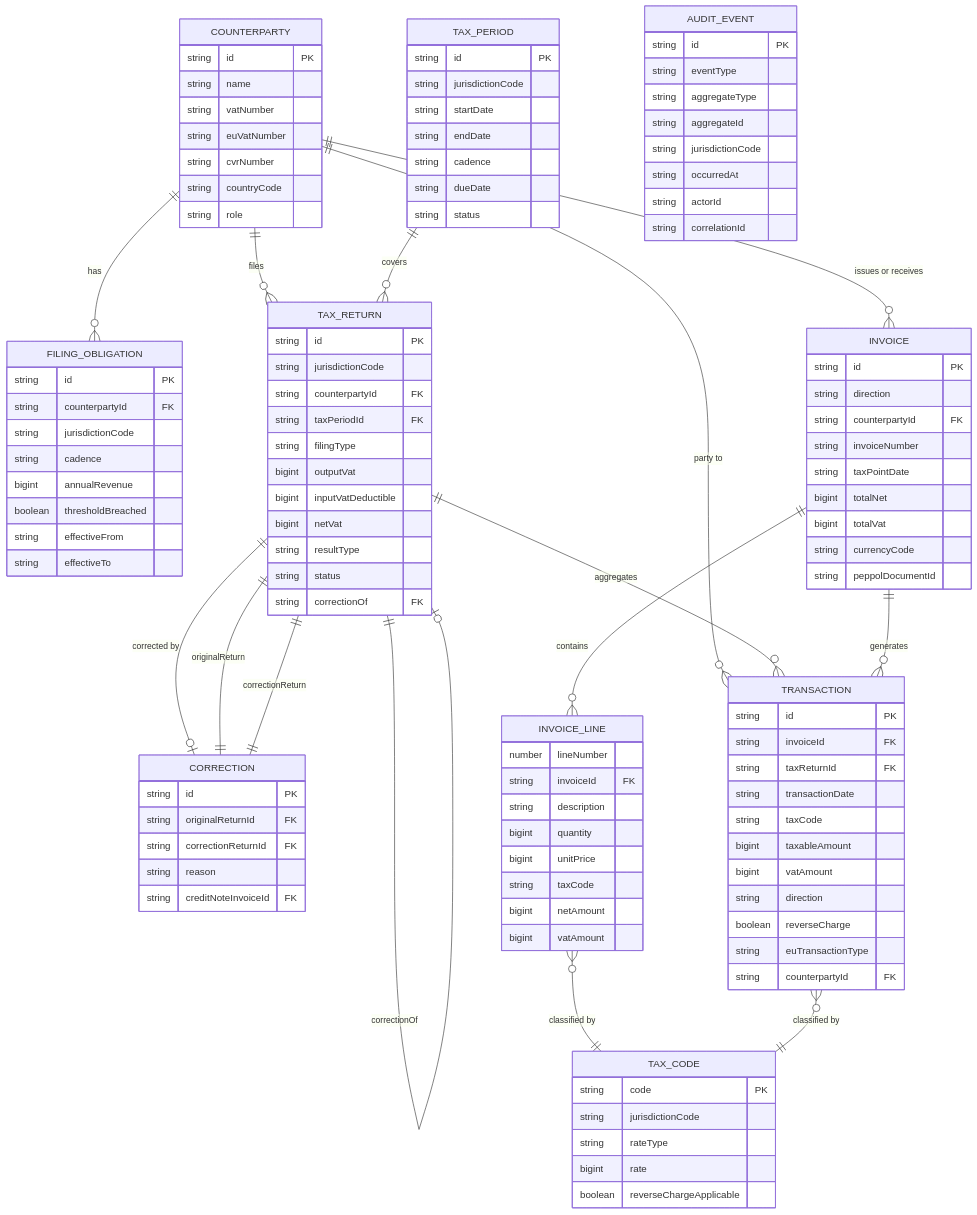
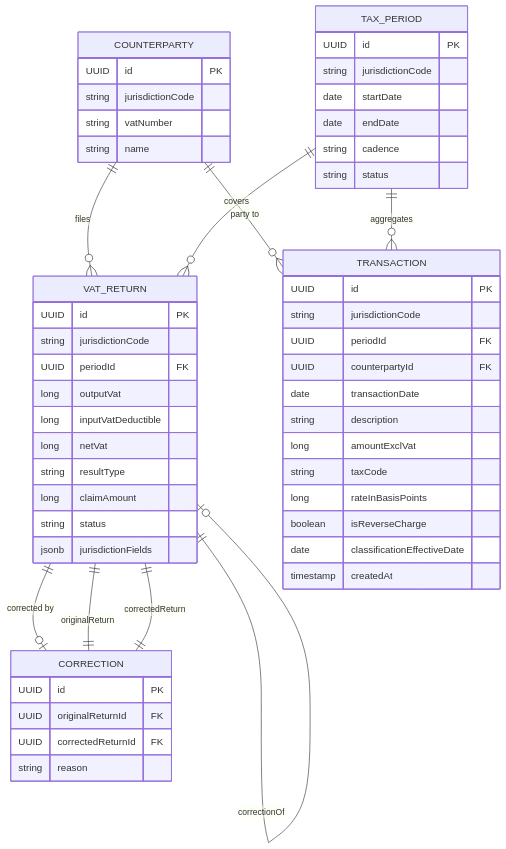
Before and after one commit to nc-mcl/vat-system: the diagram in docs/domain-model/core-entities.md, drawn with Mermaid. The commit also changed other lines of this file and 24 other files, not shown here.

Commit message:
Architecture Agent: Gradle setup, core domain Java types, DK plugin

````diff
--- a/docs/domain-model/core-entities.md
+++ b/docs/domain-model/core-entities.md
@@ -188,131 +235,65 @@
 ```mermaid
 erDiagram
     COUNTERPARTY {
-        string id PK
+        UUID id PK
+        string jurisdictionCode
+        string vatNumber
         string name
-        string vatNumber
-        string euVatNumber
-        string cvrNumber
-        string countryCode
-        string role
-    }
-
-    FILING_OBLIGATION {
-        string id PK
-        string counterpartyId FK
-        string jurisdictionCode
-        string cadence
-        bigint annualRevenue
-        boolean thresholdBreached
-        string effectiveFrom
-        string effectiveTo
     }
 
     TAX_PERIOD {
-        string id PK
+        UUID id PK
         string jurisdictionCode
-        string startDate
-        string endDate
+        date startDate
+        date endDate
         string cadence
-        string dueDate
         string status
     }
 
-    TAX_RETURN {
-        string id PK
+    VAT_RETURN {
+        UUID id PK
         string jurisdictionCode
-        string counterpartyId FK
-        string taxPeriodId FK
-        string filingType
-        bigint outputVat
-        bigint inputVatDeductible
-        bigint netVat
+        UUID periodId FK
+        long outputVat
+        long inputVatDeductible
+        long netVat
         string resultType
+        long claimAmount
         string status
-        string correctionOf FK
+        jsonb jurisdictionFields
     }
 
     CORRECTION {
-        string id PK
-        string originalReturnId FK
-        string correctionReturnId FK
+        UUID id PK
+        UUID originalReturnId FK
+        UUID correctedReturnId FK
         string reason
-        string creditNoteInvoiceId FK
-    }
-
-    INVOICE {
-        string id PK
-        string direction
-        string counterpartyId FK
-        string invoiceNumber
-        string taxPointDate
-        bigint totalNet
-        bigint totalVat
-        string currencyCode
-        string peppolDocumentId
-    }
-
-    INVOICE_LINE {
-        number lineNumber
-        string invoiceId FK
-        string description
-        bigint quantity
-        bigint unitPrice
-        string taxCode
-        bigint netAmount
-        bigint vatAmount
     }
 
     TRANSACTION {
-        string id PK
-        string invoiceId FK
-        string taxReturnId FK
-        string transactionDate
+        UUID id PK
+        string jurisdictionCode
+        UUID periodId FK
+        UUID counterpartyId FK
+        date transactionDate
+        string description
+        long amountExclVat
         string taxCode
-        bigint taxableAmount
-        bigint vatAmount
-        string direction
-        boolean reverseCharge
-        string euTransactionType
-        string counterpartyId FK
+        long rateInBasisPoints
+        boolean isReverseCharge
+        date classificationEffectiveDate
+        timestamp createdAt
     }
 
-    TAX_CODE {
-        string code PK
-        string jurisdictionCode
-        string rateType
-        bigint rate
-        boolean reverseChargeApplicable
-    }
-
-    AUDIT_EVENT {
-        string id PK
-        string eventType
-        string aggregateType
-        string aggregateId
-        string jurisdictionCode
-        string occurredAt
-        string actorId
-        string correlationId
-    }
-
-    COUNTERPARTY ||--o{ FILING_OBLIGATION : "has"
-    COUNTERPARTY ||--o{ TAX_RETURN : "files"
-    COUNTERPARTY ||--o{ INVOICE : "issues or receives"
+    COUNTERPARTY ||--o{ VAT_RETURN : "files"
     COUNTERPARTY ||--o{ TRANSACTION : "party to"
 
-    TAX_PERIOD ||--o{ TAX_RETURN : "covers"
+    TAX_PERIOD ||--o{ VAT_RETURN : "covers"
+    TAX_PERIOD ||--o{ TRANSACTION : "aggregates"
 
-    TAX_RETURN ||--o{ TRANSACTION : "aggregates"
-    TAX_RETURN ||--o| CORRECTION : "corrected by"
-    TAX_RETURN ||--o| TAX_RETURN : "correctionOf"
+    VAT_RETURN ||--o| CORRECTION : "corrected by"
+    VAT_RETURN ||--o| VAT_RETURN : "correctionOf"
 
-    INVOICE ||--o{ INVOICE_LINE : "contains"
-    INVOICE ||--o{ TRANSACTION : "generates"
-
-    INVOICE_LINE }o--|| TAX_CODE : "classified by"
-    TRANSACTION }o--|| TAX_CODE : "classified by"
-
-    CORRECTION ||--|| TAX_RETURN : "originalReturn"
-    CORRECTION ||--|| TAX_RETURN : "correctionReturn"
+    CORRECTION ||--|| VAT_RETURN : "originalReturn"
+    CORRECTION ||--|| VAT_RETURN : "correctedReturn"
 ```
````
